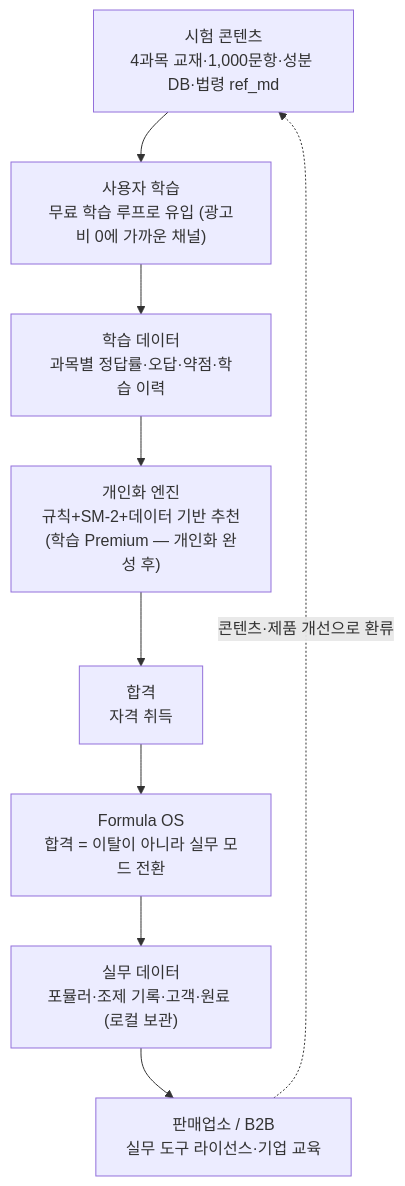
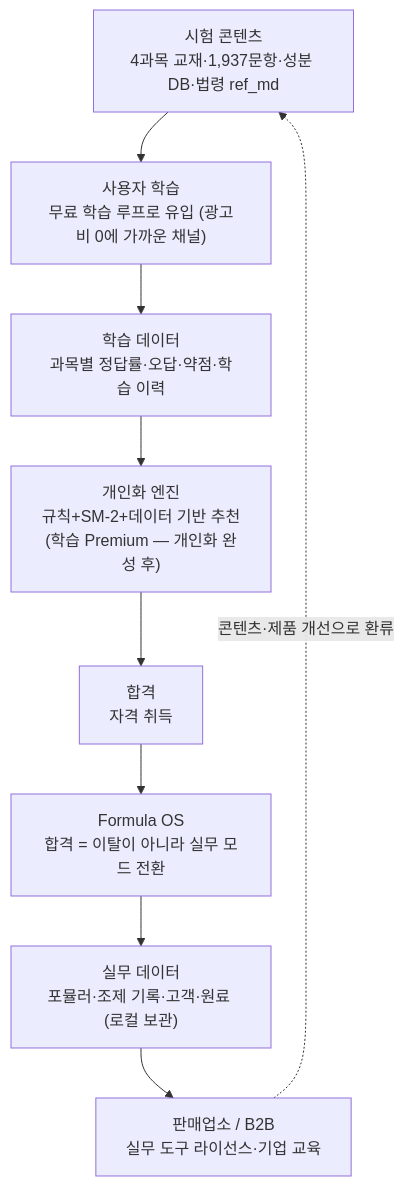
The second of 19 diagrams in docs/exams/cosmetic/business/맞춤형화장품_조제관리사_자격증플랫폼_사업기획서.md (skygoldlee-cyber/passok), drawn with Mermaid before and after one commit. The commit also changed other lines of this file and 12 other files, not shown here.

````diff
--- a/docs/exams/cosmetic/business/맞춤형화장품_조제관리사_자격증플랫폼_사업기획서.md
+++ b/docs/exams/cosmetic/business/맞춤형화장품_조제관리사_자격증플랫폼_사업기획서.md
@@ -145,11 +145,11 @@
 ```mermaid
 flowchart TD
-    A["시험 콘텐츠<br/>4과목 교재·1,000문항·성분 DB·법령 ref_md"] --> B["사용자 학습<br/>무료 학습 루프로 유입 (광고비 0에 가까운 채널)"]
+    A["시험 콘텐츠<br/>4과목 교재·1,937문항·성분 DB·법령 ref_md"] --> B["사용자 학습<br/>무료 학습 루프로 유입 (광고비 0에 가까운 채널)"]
     B --> C["학습 데이터<br/>과목별 정답률·오답·약점·학습 이력"]
     C --> D["개인화 엔진<br/>규칙+SM-2+데이터 기반 추천<br/>(학습 Premium — 개인화 완성 후)"]
     D --> E["합격<br/>자격 취득"]
     E --> F["Formula OS<br/>합격 = 이탈이 아니라 실무 모드 전환"]
     F --> G["실무 데이터<br/>포뮬러·조제 기록·고객·원료 (로컬 보관)"]
     G --> H["판매업소 / B2B<br/>실무 도구 라이선스·기업 교육"]
     H -.->|"콘텐츠·제품 개선으로 환류"| A
 ```
````
